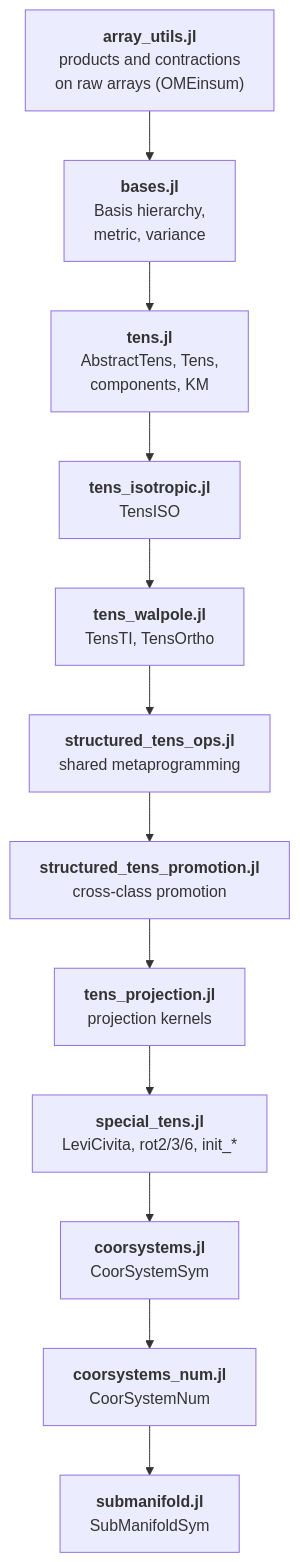
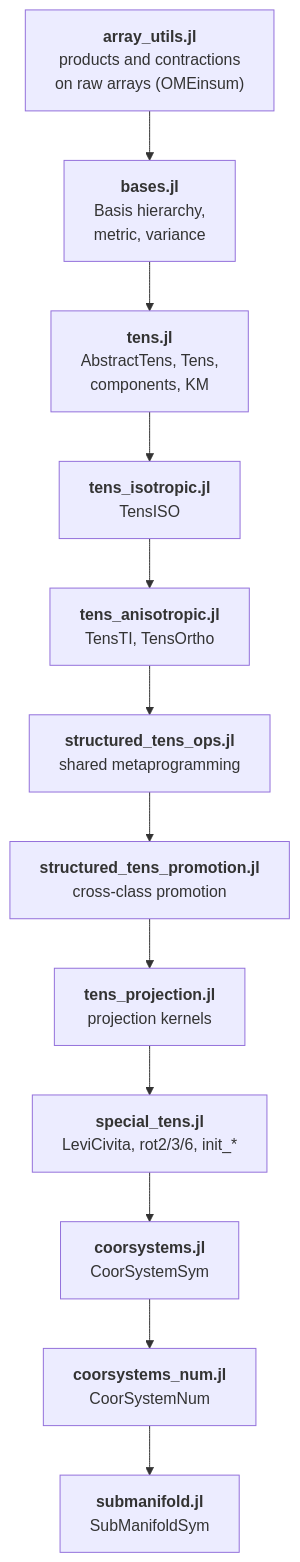
Before and after one commit to MicroPoroChemoMechanics/TensND.jl: the diagram in docs/src/developer/architecture.md, drawn with Mermaid. The commit also changed other lines of this file and 11 other files, not shown here.

````diff
--- a/docs/src/developer/architecture.md
+++ b/docs/src/developer/architecture.md
@@ -8,17 +8,17 @@
 ```mermaid
 %%{init: {"flowchart": {"useMaxWidth": false}}}%%
 flowchart TB
     AU["<b>array_utils.jl</b><br/>products and contractions<br/>on raw arrays (OMEinsum)"]
     BA["<b>bases.jl</b><br/>Basis hierarchy,<br/>metric, variance"]
     TE["<b>tens.jl</b><br/>AbstractTens, Tens,<br/>components, KM"]
     ISO["<b>tens_isotropic.jl</b><br/>TensISO"]
-    WAL["<b>tens_walpole.jl</b><br/>TensTI, TensOrtho"]
+    ANI["<b>tens_anisotropic.jl</b><br/>TensTI, TensOrtho"]
     OPS["<b>structured_tens_ops.jl</b><br/>shared metaprogramming"]
     PRO["<b>structured_tens_promotion.jl</b><br/>cross-class promotion"]
     PRJ["<b>tens_projection.jl</b><br/>projection kernels"]
     SPE["<b>special_tens.jl</b><br/>LeviCivita, rot2/3/6, init_*"]
     CSS["<b>coorsystems.jl</b><br/>CoorSystemSym"]
     CSN["<b>coorsystems_num.jl</b><br/>CoorSystemNum"]
     SUB["<b>submanifold.jl</b><br/>SubManifoldSym"]
-    AU --> BA --> TE --> ISO --> WAL --> OPS --> PRO --> PRJ --> SPE --> CSS --> CSN --> SUB
+    AU --> BA --> TE --> ISO --> ANI --> OPS --> PRO --> PRJ --> SPE --> CSS --> CSN --> SUB
 ```
````
